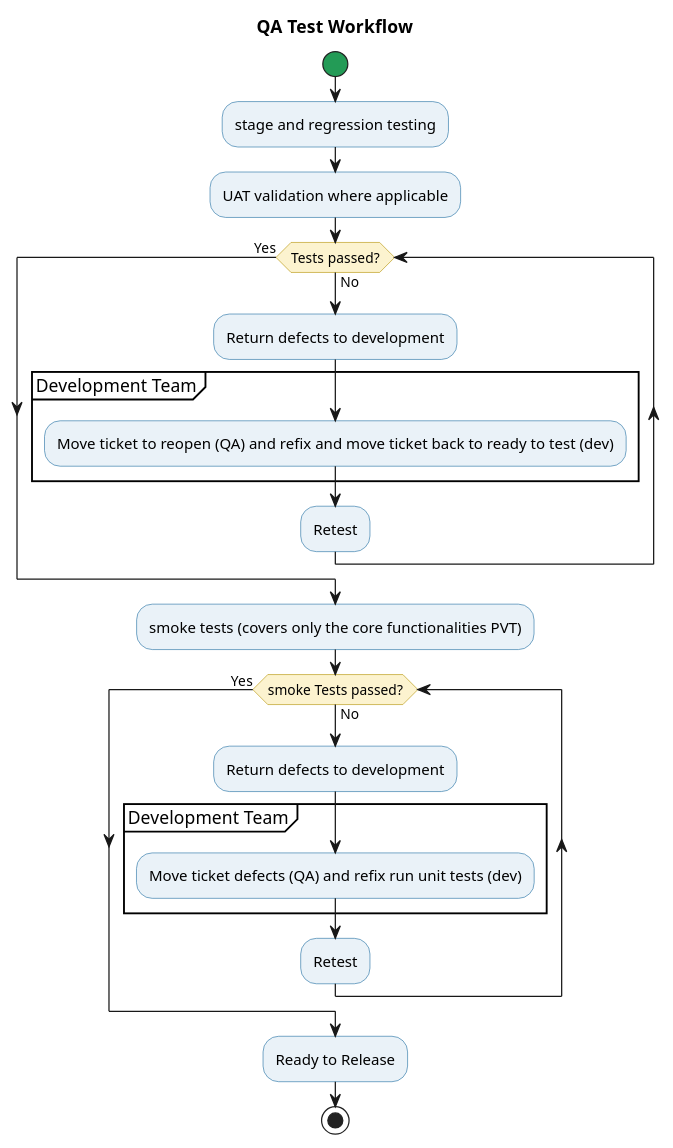
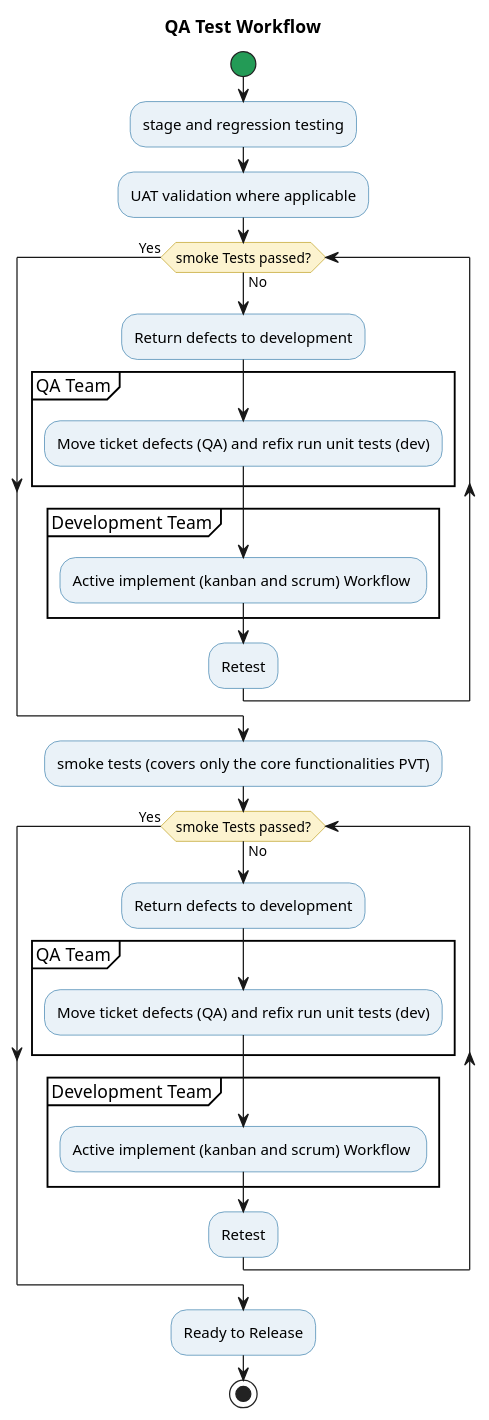
Before and after one commit to sovannotychea/ori-test: the diagram in docs/qatest.puml, drawn with PlantUML. The commit also changed 4 other files, not shown here.

```diff
--- a/docs/qatest.puml
+++ b/docs/qatest.puml
@@ -1,34 +1,40 @@
 @startuml
 title QA Test Workflow
 
 skinparam backgroundColor white
 skinparam shadowing false
 skinparam activity {
   BackgroundColor #EAF2F8
   BorderColor #2874A6
   DiamondBackgroundColor #FCF3CF
   DiamondBorderColor #B7950B
   StartColor #239B56
   EndColor #C0392B
 }
 start
 :stage and regression testing;
 :UAT validation where applicable;
-while (Tests passed?) is (No)
+while (smoke Tests passed?) is (No)
     :Return defects to development;
+    partition "QA Team" {
+          :Move ticket defects (QA) and refix run unit tests (dev);
+        }
     partition "Development Team" {
-      :Move ticket to reopen (QA) and refix and move ticket back to ready to test (dev);
+      :Active implement (kanban and scrum) Workflow ;
     }
     :Retest;
 endwhile (Yes)
 :smoke tests (covers only the core functionalities PVT);
 while (smoke Tests passed?) is (No)
     :Return defects to development;
+    partition "QA Team" {
+          :Move ticket defects (QA) and refix run unit tests (dev);
+        }
     partition "Development Team" {
-      :Move ticket defects (QA) and refix run unit tests (dev);
+      :Active implement (kanban and scrum) Workflow ;
     }
     :Retest;
 endwhile (Yes)
 :Ready to Release;
 stop
 @enduml
```
